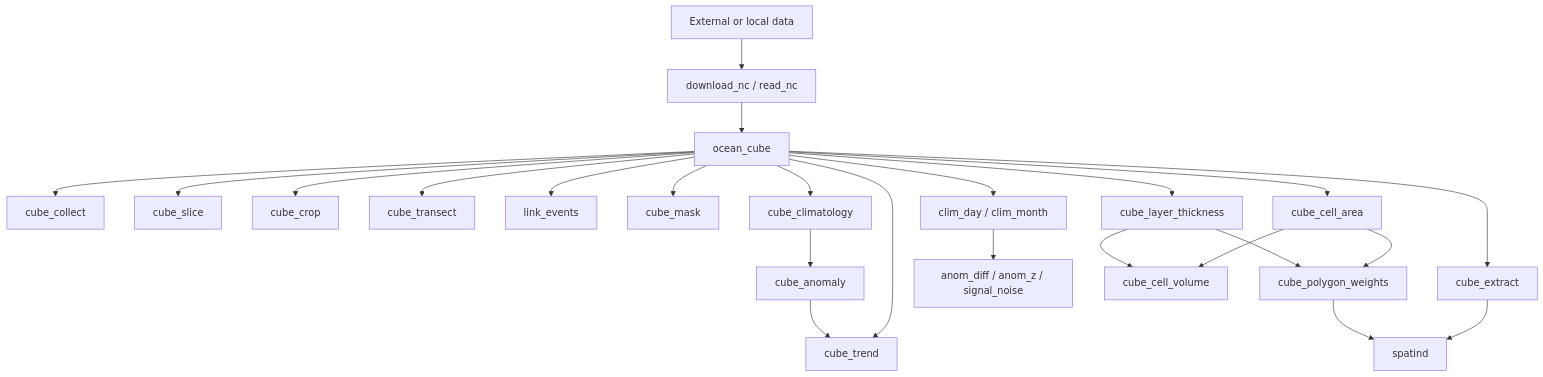
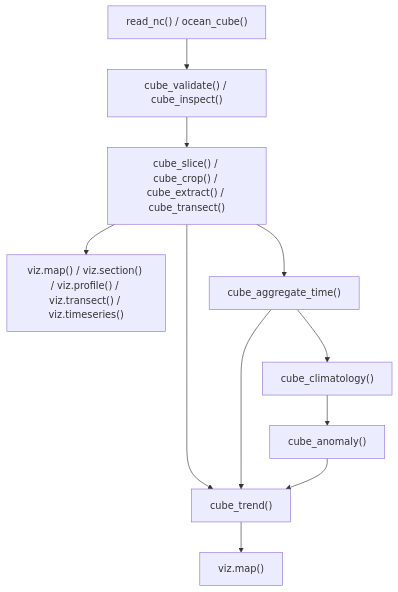
Before and after one commit to qselmer/oceancube: the diagram in handbook/10-workflows.qmd, drawn with Mermaid. The commit also changed other lines of this file and 33 other files, not shown here.

````diff
--- a/handbook/10-workflows.qmd
+++ b/handbook/10-workflows.qmd
@@ -4,26 +8,13 @@
 ```mermaid
 flowchart TD
-A[External or local data] --> B[download_nc / read_nc]
-B --> C[ocean_cube]
-C --> D[cube_collect]
-C --> E[cube_slice]
-C --> F[cube_crop]
-C --> G[cube_extract]
-C --> H[cube_transect]
-C --> I[link_events]
-C --> J[cube_mask]
-C --> K[cube_climatology]
-K --> L[cube_anomaly]
-C --> T[cube_trend]
-L --> T
-C --> R[clim_day / clim_month]
-R --> S[anom_diff / anom_z / signal_noise]
-C --> M[cube_cell_area]
-C --> N[cube_layer_thickness]
-M --> O[cube_cell_volume]
-N --> O
-M --> P[cube_polygon_weights]
-N --> P
-G --> Q[spatind]
-P --> Q
+  A["read_nc() / ocean_cube()"] --> B["cube_validate() / cube_inspect()"]
+  B --> C["cube_slice() / cube_crop() / cube_extract() / cube_transect()"]
+  C --> V["viz.map() / viz.section() / viz.profile() / viz.transect() / viz.timeseries()"]
+  C --> G["cube_aggregate_time()"]
+  G --> H["cube_climatology()"]
+  H --> I["cube_anomaly()"]
+  C --> T["cube_trend()"]
+  G --> T
+  I --> T
+  T --> M["viz.map()"]
 ```
````
